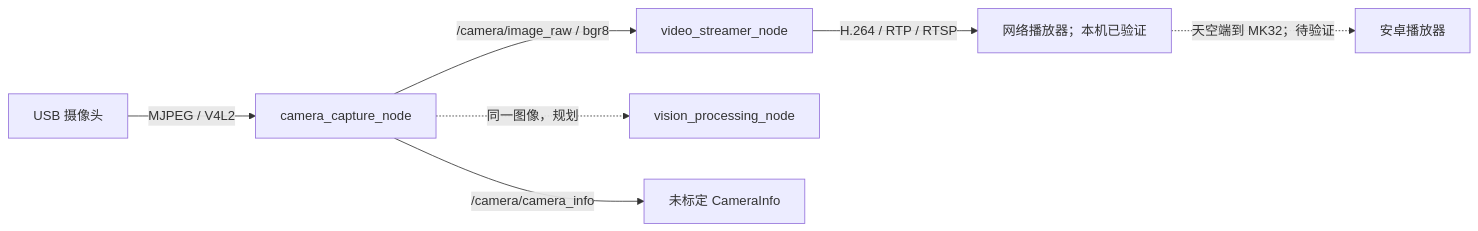
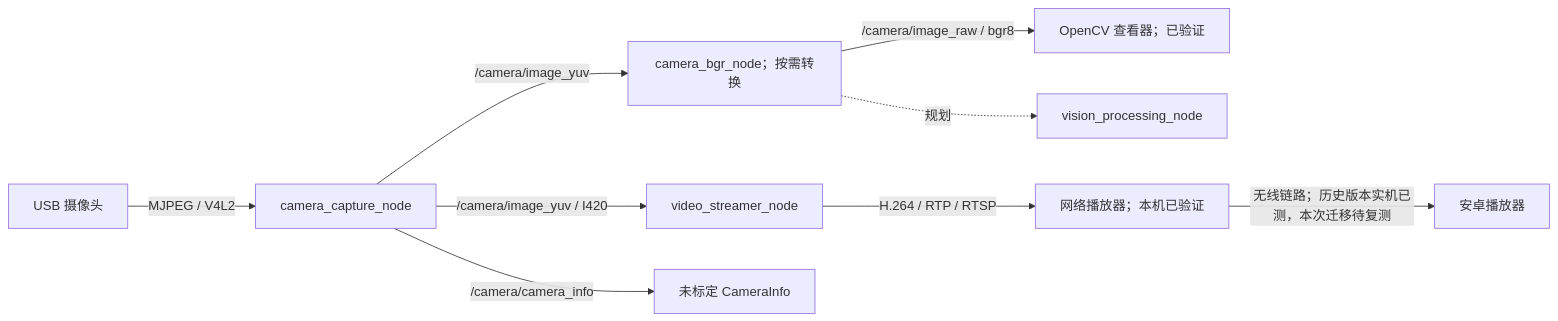
One commit to pingqiaoL/Dual_magneticd_wheel_ros2_code changed the second of 2 diagrams in docs/architecture/系统架构.md. Above: the diagram before and after it, drawn with Mermaid. The commit also changed other lines of this file and 86 other files, not shown here.

````diff
--- a/docs/architecture/系统架构.md
+++ b/docs/architecture/系统架构.md
@@ -65,9 +65,11 @@
 ```mermaid
 flowchart LR
     USB["USB 摄像头"] -->|"MJPEG / V4L2"| CAP["camera_capture_node"]
-    CAP -->|"/camera/image_raw / bgr8"| STREAM["video_streamer_node"]
-    CAP -.->|"同一图像，规划"| VISION["vision_processing_node"]
+    CAP -->|"/camera/image_yuv / I420"| STREAM["video_streamer_node"]
+    CAP -->|"/camera/image_yuv"| BGR["camera_bgr_node；按需转换"]
+    BGR -->|"/camera/image_raw / bgr8"| VIEW["OpenCV 查看器；已验证"]
+    BGR -.->|"规划"| VISION["vision_processing_node"]
     CAP -->|"/camera/camera_info"| INFO["未标定 CameraInfo"]
     STREAM -->|"H.264 / RTP / RTSP"| PLAYER["网络播放器；本机已验证"]
-    PLAYER -.->|"天空端到 MK32；待验证"| ANDROID["安卓播放器"]
+    PLAYER -->|"无线链路；历史版本实机已测，本次迁移待复测"| ANDROID["安卓播放器"]
 ```
````
